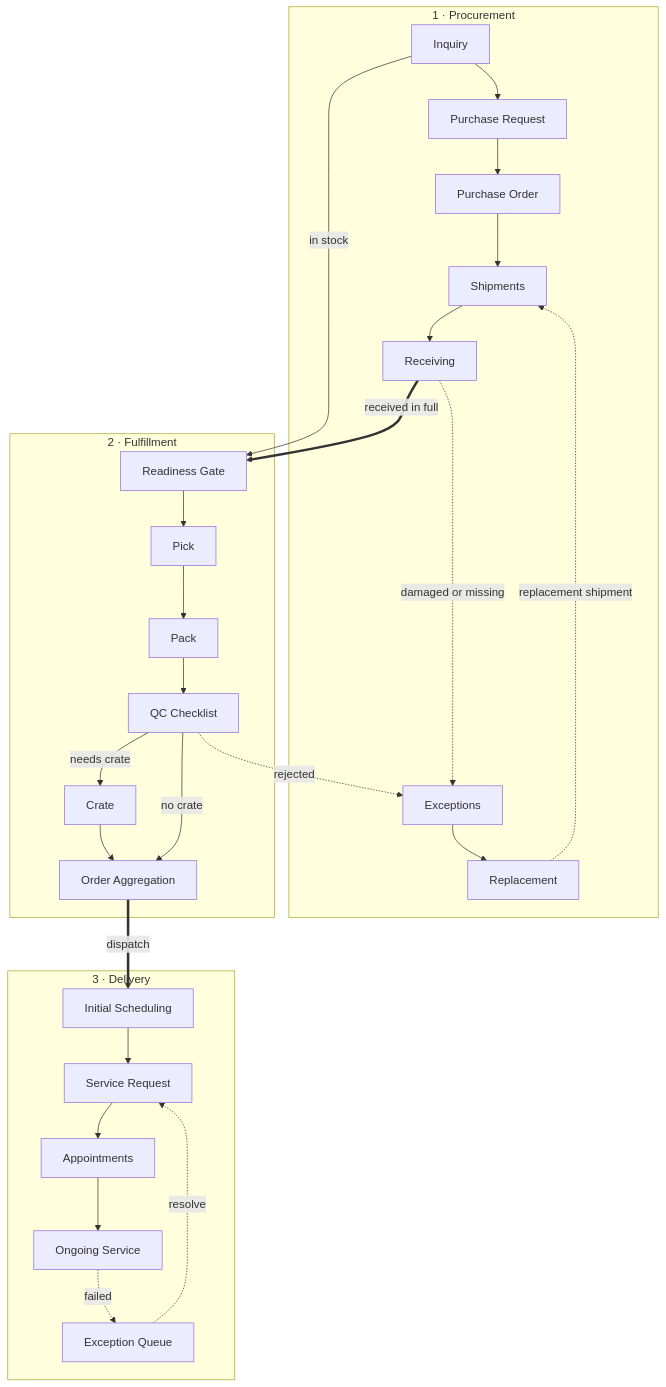
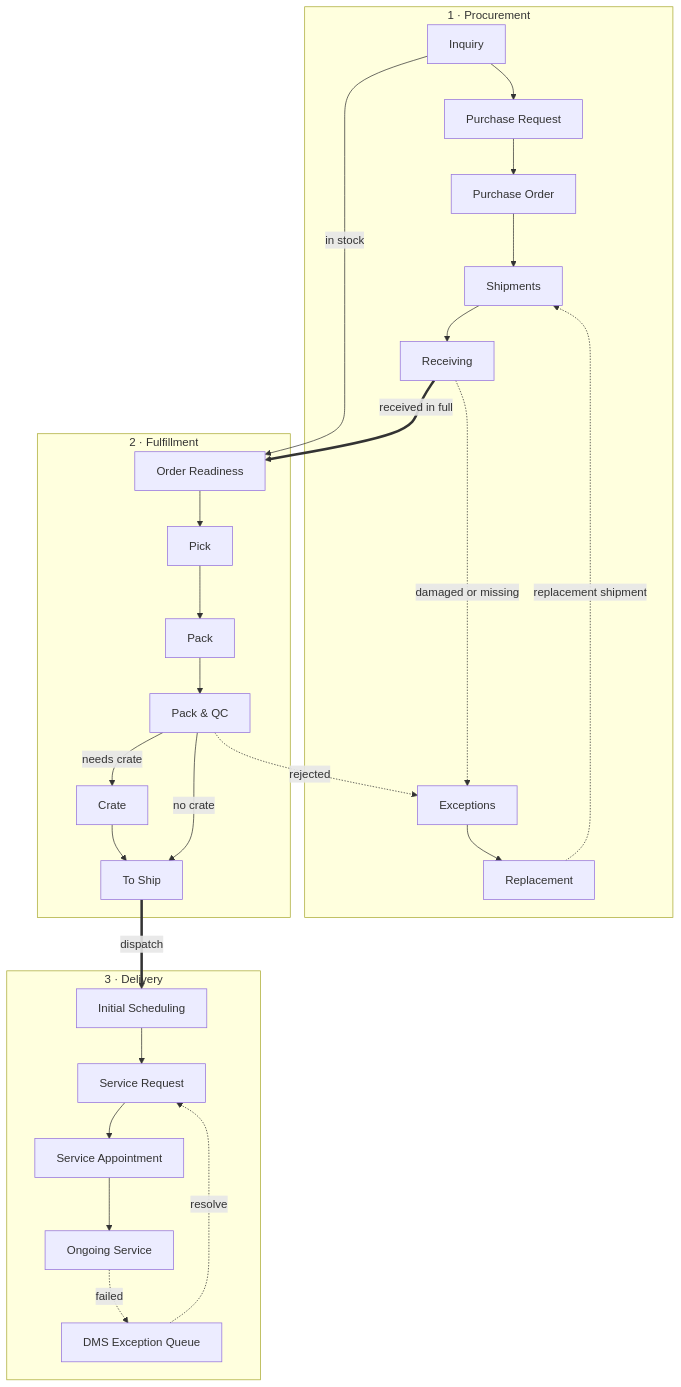
Before and after one commit to Yhelie08/Supply-Chain-SystemV2: the diagram in vault/System Map.md, drawn with Mermaid. The commit also changed other lines of this file and 350 other files, not shown here.

````diff
--- a/vault/System Map.md
+++ b/vault/System Map.md
@@ -10,20 +10,20 @@
 ```mermaid
 flowchart TD
   subgraph PROC["1 · Procurement"]
     INQ[Inquiry] --> PR[Purchase Request] --> PO[Purchase Order] --> SHP[Shipments] --> RCV[Receiving]
     RCV -.->|damaged or missing| EXC[Exceptions] --> RR[Replacement] -.->|replacement shipment| SHP
   end
   subgraph FUL["2 · Fulfillment"]
-    GATE[Readiness Gate] --> PICK[Pick] --> PACK[Pack] --> QC[QC Checklist]
-    QC -->|needs crate| CRATE[Crate] --> OA[Order Aggregation]
+    GATE[Order Readiness] --> PICK[Pick] --> PACK[Pack] --> QC[Pack & QC]
+    QC -->|needs crate| CRATE[Crate] --> OA[To Ship]
     QC -->|no crate| OA
     QC -.->|rejected| EXC
   end
   subgraph DMS["3 · Delivery"]
-    IS[Initial Scheduling] --> SR[Service Request] --> SA[Appointments] --> ON[Ongoing Service]
-    ON -.->|failed| DX[Exception Queue] -.->|resolve| SR
+    IS[Initial Scheduling] --> SR[Service Request] --> SA[Service Appointment] --> ON[Ongoing Service]
+    ON -.->|failed| DX[DMS Exception Queue] -.->|resolve| SR
   end
   INQ -->|in stock| GATE
   RCV ==>|received in full| GATE
   OA ==>|dispatch| IS
 ```
````
